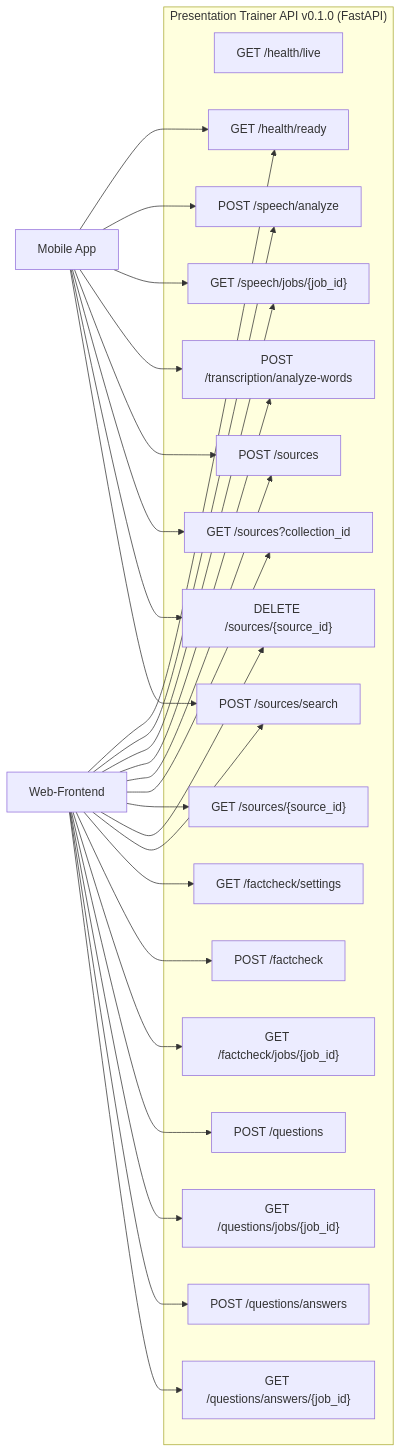
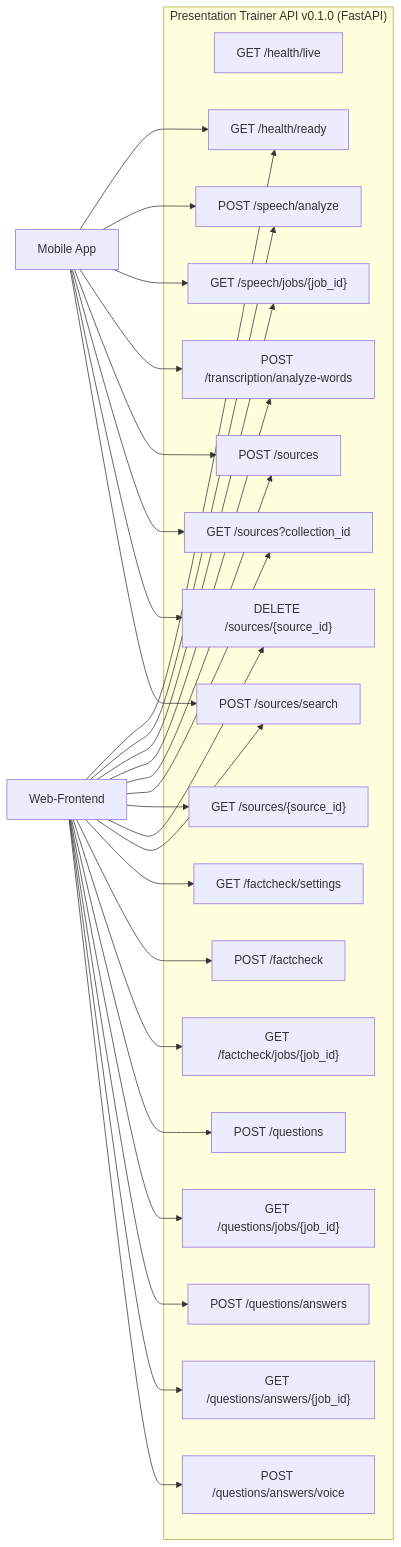
Diagram 11 of 11 in docs/03-architecture.md (johannes3502/hackathon-fulda), drawn with Mermaid before and after one commit. The commit also changed other lines of this file and 17 other files, not shown here.

````diff
--- a/docs/03-architecture.md
+++ b/docs/03-architecture.md
@@ -393,25 +414,26 @@
 ```mermaid
 flowchart LR
     subgraph API["Presentation Trainer API v0.1.0 (FastAPI)"]
         H1["GET /health/live"]
         H2["GET /health/ready"]
         S1["POST /speech/analyze"]
         S2["GET /speech/jobs/{job_id}"]
         T1["POST /transcription/analyze-words"]
         R1["POST /sources"]
         R2["GET /sources?collection_id"]
         R3["GET /sources/{source_id}"]
         R4["DELETE /sources/{source_id}"]
         R5["POST /sources/search"]
         F1["GET /factcheck/settings"]
         F2["POST /factcheck"]
         F3["GET /factcheck/jobs/{job_id}"]
         Q1["POST /questions"]
         Q2["GET /questions/jobs/{job_id}"]
         Q3["POST /questions/answers"]
         Q4["GET /questions/answers/{job_id}"]
+        Q5["POST /questions/answers/voice"]
     end
 
-    WEBF["Web-Frontend"] --> H2 & S1 & S2 & T1 & R1 & R2 & R3 & R4 & R5 & F1 & F2 & F3 & Q1 & Q2 & Q3 & Q4
+    WEBF["Web-Frontend"] --> H2 & S1 & S2 & T1 & R1 & R2 & R3 & R4 & R5 & F1 & F2 & F3 & Q1 & Q2 & Q3 & Q4 & Q5
     MOB["Mobile App"] --> H2 & S1 & S2 & T1 & R1 & R2 & R4 & R5
 ```
````
